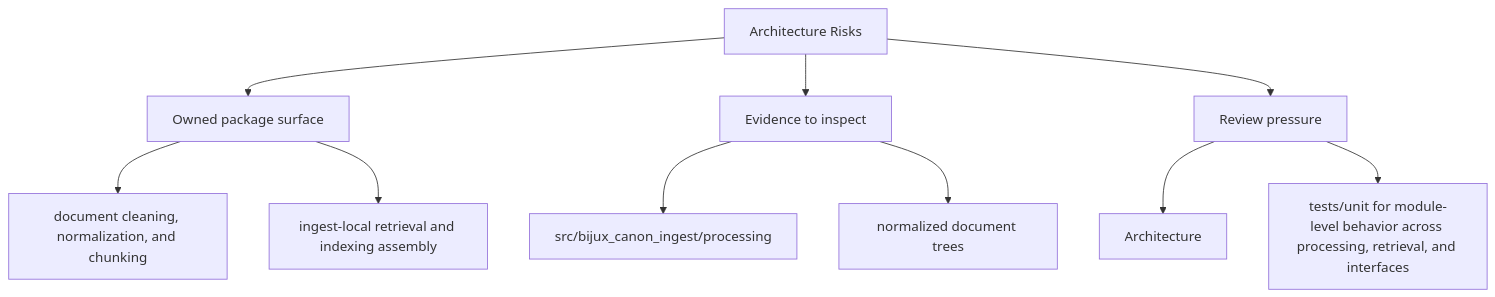
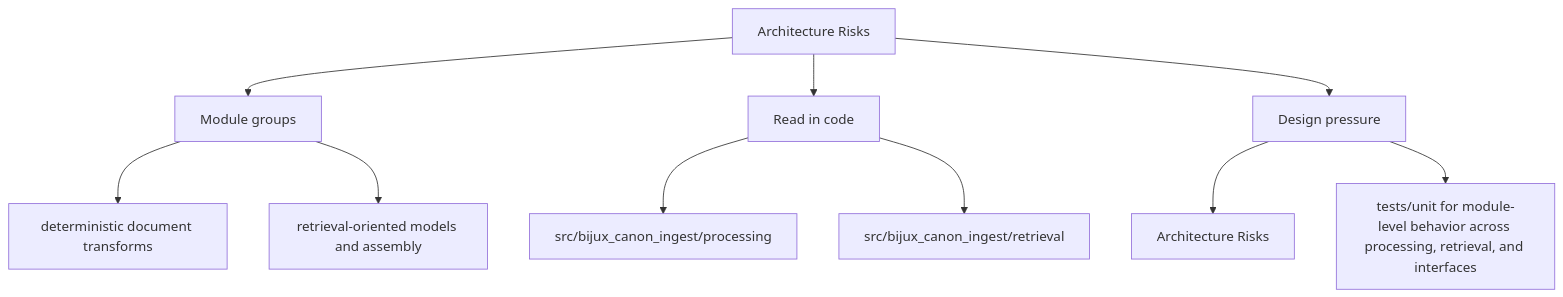
The second of 2 diagrams in docs/bijux-canon-ingest/architecture/architecture-risks.md (bijux/bijux-canon), drawn with Mermaid before and after one commit. The commit also changed other lines of this file and 250 other files, not shown here.

Commit message:
docs(diagrams): make product page maps more readable

````diff
--- a/docs/bijux-canon-ingest/architecture/architecture-risks.md
+++ b/docs/bijux-canon-ingest/architecture/architecture-risks.md
@@ -34,22 +34,22 @@
 ```mermaid
 flowchart TD
     page["Architecture Risks"]
-    focus1["Owned package surface"]
+    focus1["Module groups"]
     page --> focus1
-    focus1_1["document cleaning, normalization, and chunking"]
+    focus1_1["deterministic document transforms"]
     focus1 --> focus1_1
-    focus1_2["ingest-local retrieval and indexing assembly"]
+    focus1_2["retrieval-oriented models and assembly"]
     focus1 --> focus1_2
-    focus2["Evidence to inspect"]
+    focus2["Read in code"]
     page --> focus2
     focus2_1["src/bijux_canon_ingest/processing"]
     focus2 --> focus2_1
-    focus2_2["normalized document trees"]
+    focus2_2["src/bijux_canon_ingest/retrieval"]
     focus2 --> focus2_2
-    focus3["Review pressure"]
+    focus3["Design pressure"]
     page --> focus3
-    focus3_1["Architecture"]
+    focus3_1["Architecture Risks"]
     focus3 --> focus3_1
     focus3_2["tests/unit for module-level behavior across processing, retrieval, and interfaces"]
     focus3 --> focus3_2
 ```
````
